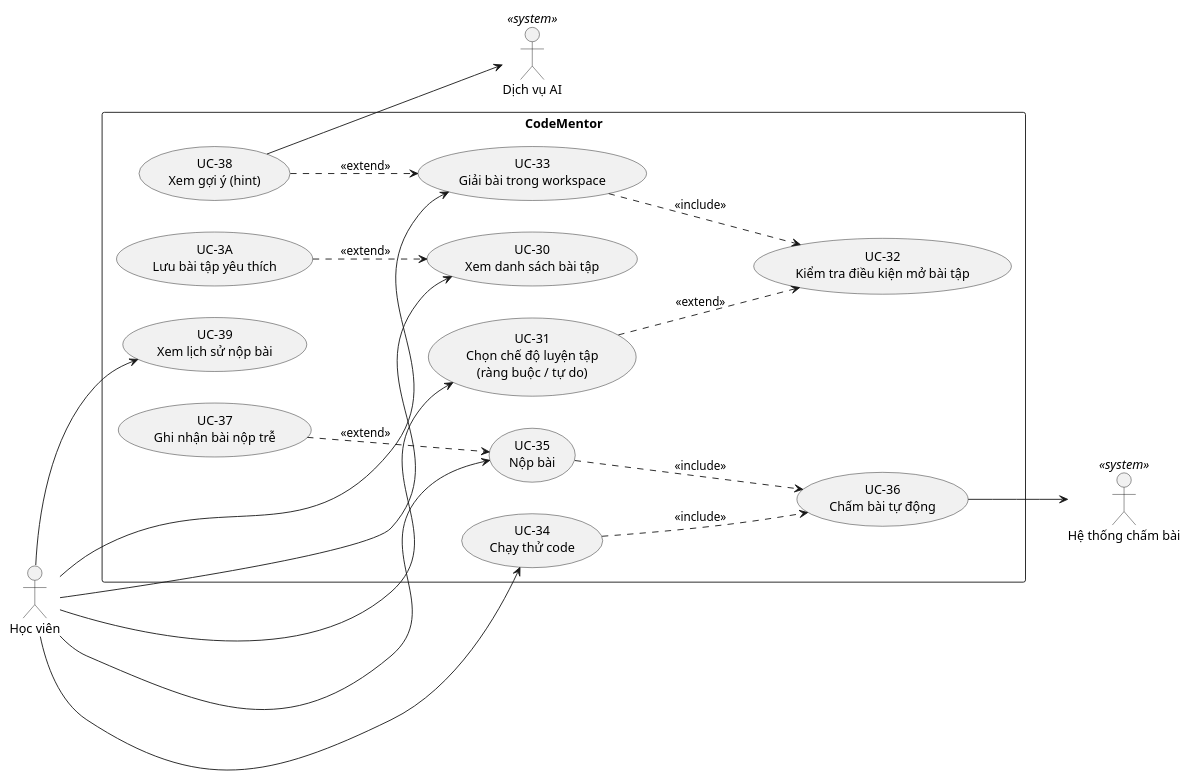
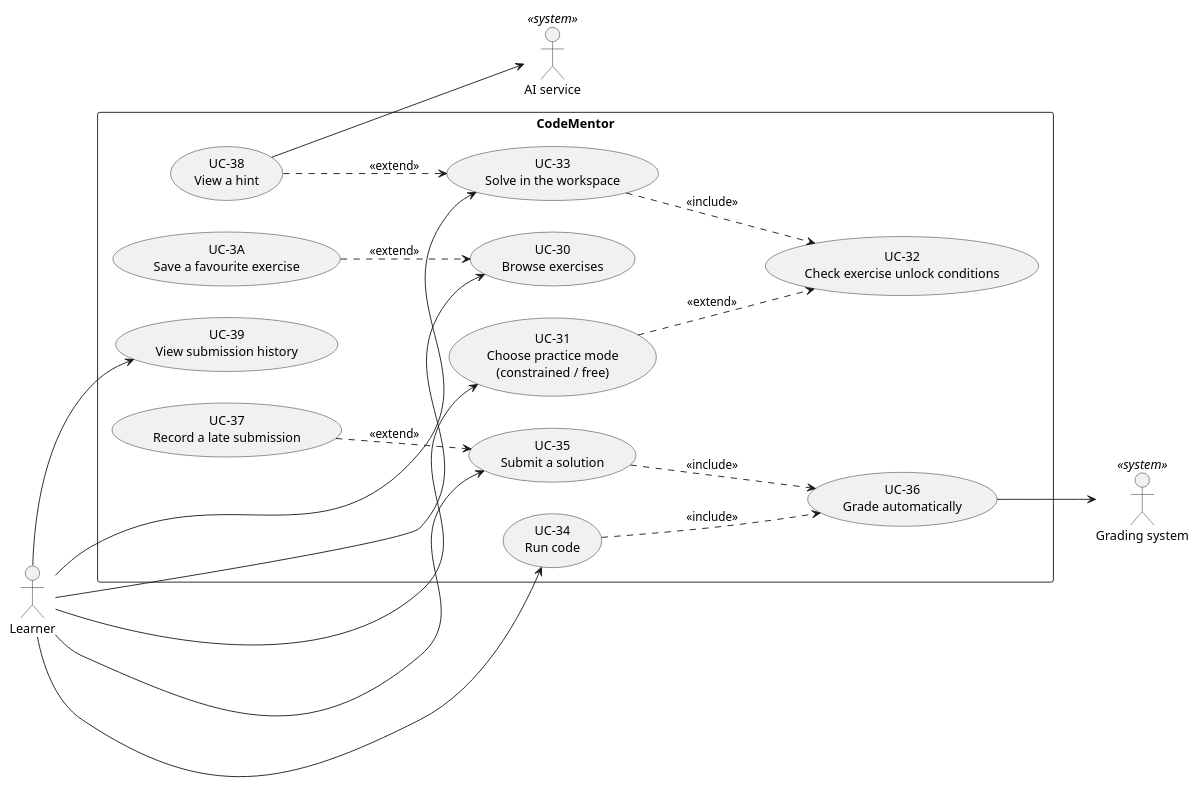
The fifth of 10 diagrams in docs/07-use-case-model.md (codementor-official/codementor-infra), drawn with PlantUML before and after one commit. The commit also changed other lines of this file and 16 other files, not shown here.

First line of the commit message:
docs: English README, use-case docs and diagrams

````diff
--- a/docs/07-use-case-model.md
+++ b/docs/07-use-case-model.md
@@ -276,40 +279,40 @@
 ```plantuml
 @startuml p4-practice
 left to right direction
-actor "Học viên" as Learner
+actor "Learner" as Learner
 
 rectangle "CodeMentor" {
-  usecase "UC-30\nXem danh sách bài tập" as UC30
-  usecase "UC-31\nChọn chế độ luyện tập\n(ràng buộc / tự do)" as UC31
-  usecase "UC-32\nKiểm tra điều kiện mở bài tập" as UC32
-  usecase "UC-33\nGiải bài trong workspace" as UC33
-  usecase "UC-34\nChạy thử code" as UC34
-  usecase "UC-35\nNộp bài" as UC35
-  usecase "UC-36\nChấm bài tự động" as UC36
-  usecase "UC-37\nGhi nhận bài nộp trễ" as UC37
-  usecase "UC-38\nXem gợi ý (hint)" as UC38
-  usecase "UC-39\nXem lịch sử nộp bài" as UC39
-  usecase "UC-3A\nLưu bài tập yêu thích" as UC3A
+  usecase "UC-30\nBrowse exercises" as UC30
+  usecase "UC-31\nChoose practice mode\n(constrained / free)" as UC31
+  usecase "UC-32\nCheck exercise unlock conditions" as UC32
+  usecase "UC-33\nSolve in the workspace" as UC33
+  usecase "UC-34\nRun code" as UC34
+  usecase "UC-35\nSubmit a solution" as UC35
+  usecase "UC-36\nGrade automatically" as UC36
+  usecase "UC-37\nRecord a late submission" as UC37
+  usecase "UC-38\nView a hint" as UC38
+  usecase "UC-39\nView submission history" as UC39
+  usecase "UC-3A\nSave a favourite exercise" as UC3A
 
   UC33 ..> UC32 : <<include>>
   UC34 ..> UC36 : <<include>>
   UC35 ..> UC36 : <<include>>
   UC37 ..> UC35 : <<extend>>
   UC38 ..> UC33 : <<extend>>
   UC31 ..> UC32 : <<extend>>
   UC3A ..> UC30 : <<extend>>
 }
 
-actor "Hệ thống chấm bài" as Judge <<system>>
-actor "Dịch vụ AI" as AI <<system>>
+actor "Grading system" as Judge <<system>>
+actor "AI service" as AI <<system>>
 
 Learner --> UC30
 Learner --> UC31
 Learner --> UC33
 Learner --> UC34
 Learner --> UC35
 Learner --> UC39
 UC36 --> Judge
 UC38 --> AI
 @enduml
 ```
````
